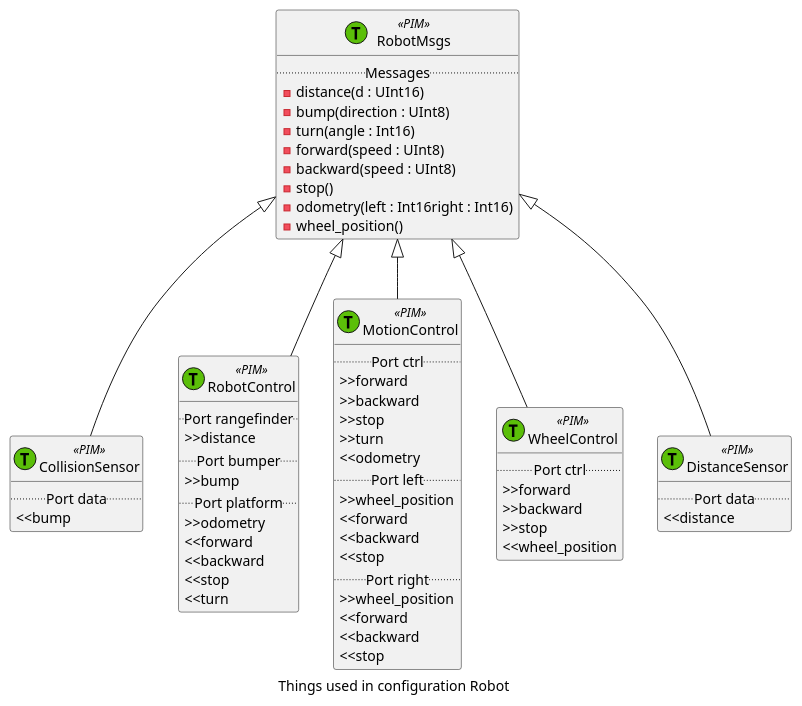
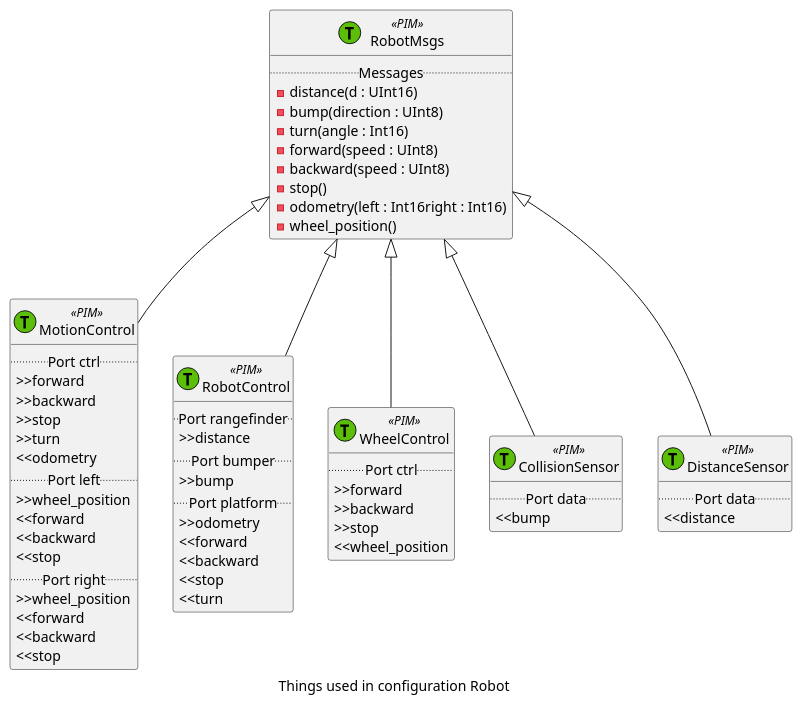
The diagram in doc/examples/thingml-gen/uml/Robot/Robot/docs/Robot_class.plantuml (TelluIoT/ThingML), drawn with PlantUML before and after one commit. The commit also changed other lines of this file and 10 other files, not shown here.

```diff
--- a/doc/examples/thingml-gen/uml/Robot/Robot/docs/Robot_class.plantuml
+++ b/doc/examples/thingml-gen/uml/Robot/Robot/docs/Robot_class.plantuml
@@ -1,64 +1,64 @@
 @startuml
 caption Things used in configuration Robot
-class CollisionSensor <<(T,#5BBF09)PIM>> {
-..Port data..
-<<bump
+class MotionControl <<(T,#5BBF09)PIM>> {
+..Port ctrl..
+>>forward
+>>backward
+>>stop
+>>turn
+<<odometry
+..Port left..
+>>wheel_position
+<<forward
+<<backward
+<<stop
+..Port right..
+>>wheel_position
+<<forward
+<<backward
+<<stop
 }
 class RobotMsgs <<(T,#5BBF09)PIM>> {
 ..Messages..
 -distance(d : UInt16)
 -bump(direction : UInt8)
 -turn(angle : Int16)
 -forward(speed : UInt8)
 -backward(speed : UInt8)
 -stop()
 -odometry(left : Int16right : Int16)
 -wheel_position()
 }
 class RobotControl <<(T,#5BBF09)PIM>> {
 ..Port rangefinder..
 >>distance
 ..Port bumper..
 >>bump
 ..Port platform..
 >>odometry
 <<forward
 <<backward
 <<stop
 <<turn
 }
-class MotionControl <<(T,#5BBF09)PIM>> {
-..Port ctrl..
->>forward
->>backward
->>stop
->>turn
-<<odometry
-..Port left..
->>wheel_position
-<<forward
-<<backward
-<<stop
-..Port right..
->>wheel_position
-<<forward
-<<backward
-<<stop
-}
 class WheelControl <<(T,#5BBF09)PIM>> {
 ..Port ctrl..
 >>forward
 >>backward
 >>stop
 <<wheel_position
 }
+class CollisionSensor <<(T,#5BBF09)PIM>> {
+..Port data..
+<<bump
+}
 class DistanceSensor <<(T,#5BBF09)PIM>> {
 ..Port data..
 <<distance
 }
+RobotMsgs <|-- MotionControl
+RobotMsgs <|-- RobotControl
+RobotMsgs <|-- WheelControl
 RobotMsgs <|-- CollisionSensor
-RobotMsgs <|-- RobotControl
-RobotMsgs <|-- MotionControl
-RobotMsgs <|-- WheelControl
 RobotMsgs <|-- DistanceSensor
 @enduml
```
